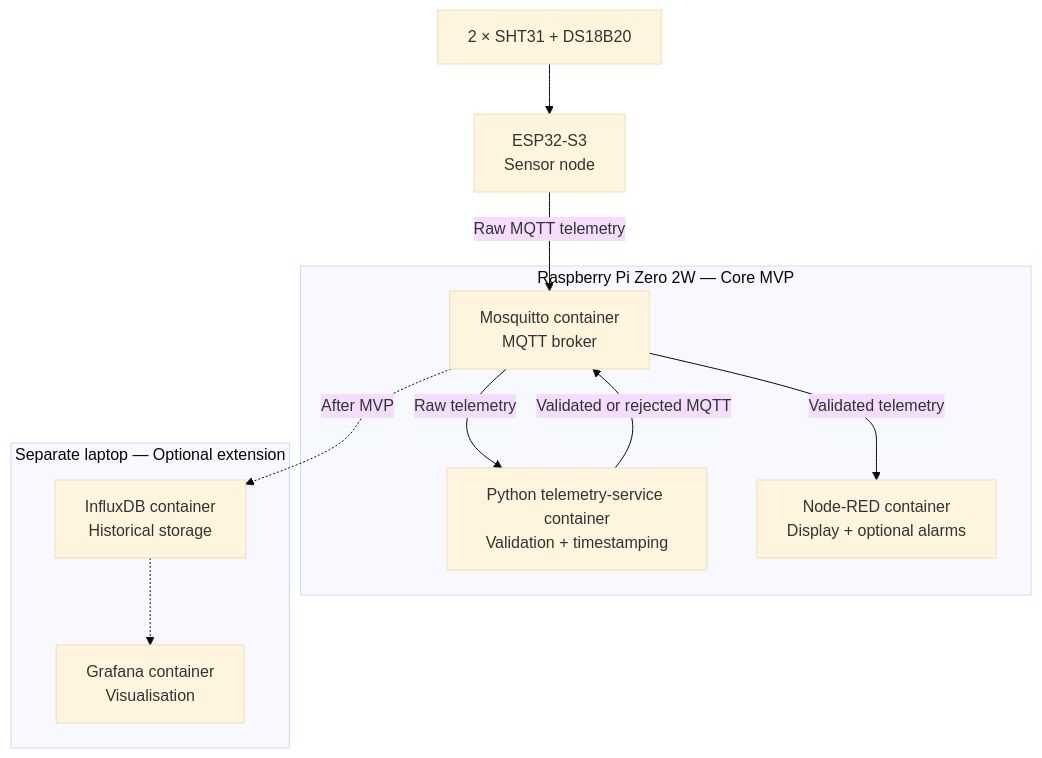
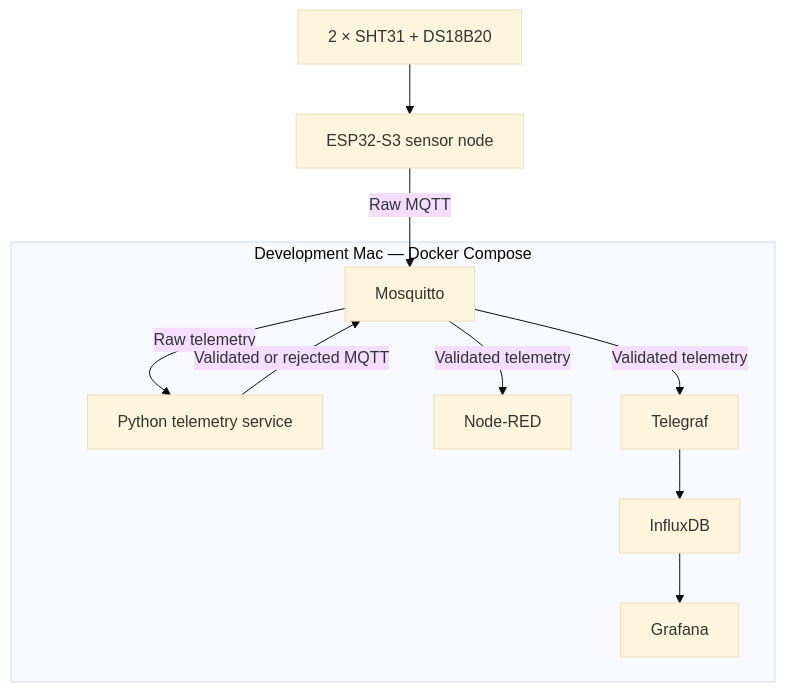
One commit to Samuel2Nugor/Hydroponic changed the diagram in docs/system-architecture.md. Above: the diagram before and after it, drawn with Mermaid (base theme). The commit also changed other lines of this file and 4 other files, not shown here.

Commit message:
docs: align documentation with current architecture

````diff
--- a/docs/system-architecture.md
+++ b/docs/system-architecture.md
@@ -36,24 +34,23 @@
 ```mermaid
 flowchart TD
     Sensors["2 × SHT31 + DS18B20"]
-    ESP["ESP32-S3<br/>Sensor node"]
+    ESP["ESP32-S3 sensor node"]
 
-    subgraph Pi["Raspberry Pi Zero 2W — Core MVP"]
-        MQTT["Mosquitto container<br/>MQTT broker"]
-        Python["Python telemetry-service container<br/>Validation + timestamping"]
-        NodeRED["Node-RED container<br/>Display + optional alarms"]
-    end
-
-    subgraph Laptop["Separate laptop — Optional extension"]
-        InfluxDB["InfluxDB container<br/>Historical storage"]
-        Grafana["Grafana container<br/>Visualisation"]
+    subgraph Mac["Development Mac — Docker Compose"]
+        MQTT["Mosquitto"]
+        Validator["Python telemetry service"]
+        NodeRED["Node-RED"]
+        Telegraf["Telegraf"]
+        InfluxDB["InfluxDB"]
+        Grafana["Grafana"]
     end
 
     Sensors --> ESP
-    ESP -->|"Raw MQTT telemetry"| MQTT
-    MQTT -->|"Raw telemetry"| Python
-    Python -->|"Validated or rejected MQTT"| MQTT
+    ESP -->|"Raw MQTT"| MQTT
+    MQTT -->|"Raw telemetry"| Validator
+    Validator -->|"Validated or rejected MQTT"| MQTT
     MQTT -->|"Validated telemetry"| NodeRED
-    MQTT -.->|"After MVP"| InfluxDB
-    InfluxDB -.-> Grafana
+    MQTT -->|"Validated telemetry"| Telegraf
+    Telegraf --> InfluxDB
+    InfluxDB --> Grafana
 ```
````
